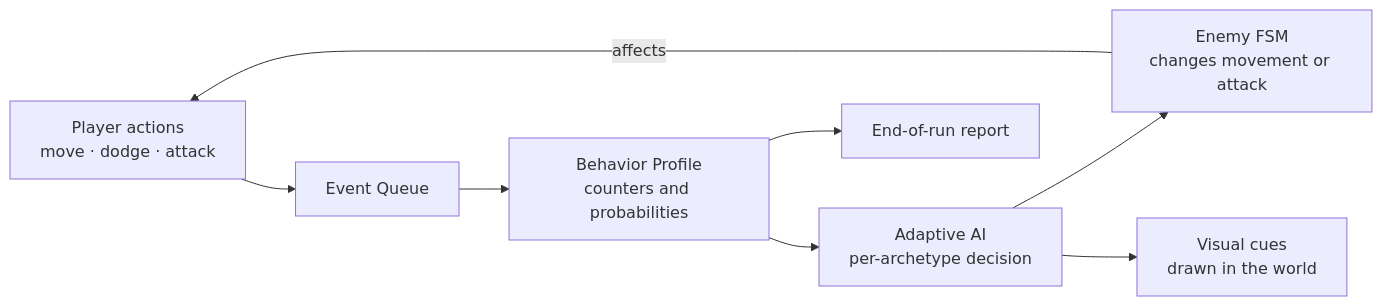
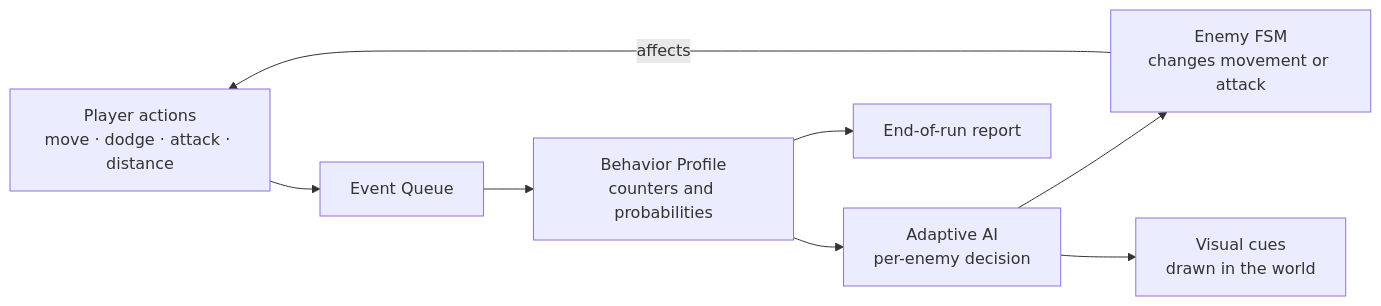
The first of 2 diagrams in README.md (RaghavKansal-07/DungeonForge), drawn with Mermaid before and after one commit. The commit also changed other lines of this file and 5 other files, not shown here.

````diff
--- a/README.md
+++ b/README.md
@@ -136,10 +169,10 @@
 ```mermaid
 flowchart LR
-    A[Player actions<br/>move · dodge · attack] --> B[Event Queue]
-    B --> C[Behavior Profile<br/>counters and probabilities]
-    C --> D[Adaptive AI<br/>per-archetype decision]
-    D --> E[Enemy FSM<br/>changes movement or attack]
+    A["Player actions<br/>move · dodge · attack · distance"] --> B["Event Queue"]
+    B --> C["Behavior Profile<br/>counters and probabilities"]
+    C --> D["Adaptive AI<br/>per-enemy decision"]
+    D --> E["Enemy FSM<br/>changes movement or attack"]
     E -->|affects| A
-    D --> F[Visual cues<br/>drawn in the world]
-    C --> G[End-of-run report]
+    D --> F["Visual cues<br/>drawn in the world"]
+    C --> G["End-of-run report"]
 ```
````
